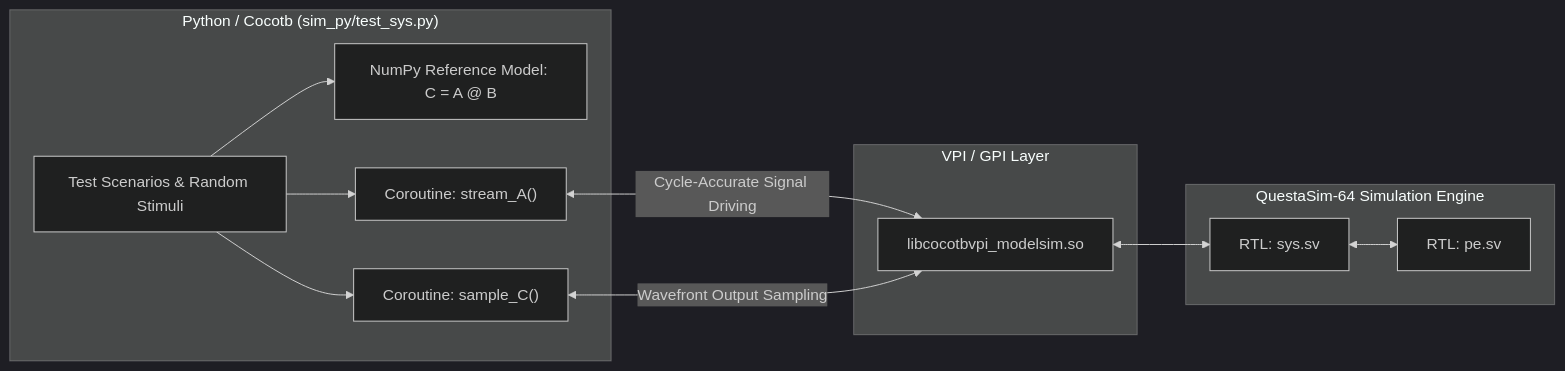
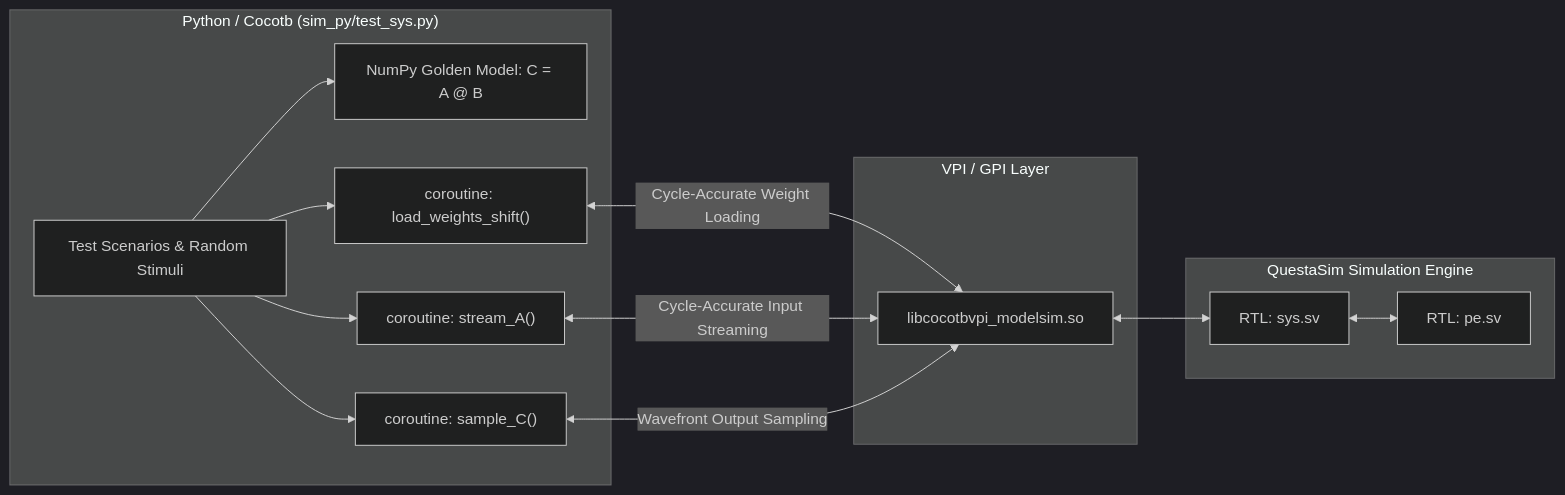
The fifth of 5 diagrams in README.md (Lucaf03/SystolicArray2D), drawn with Mermaid (dark theme) before and after one commit. The commit also changed other lines of this file and 9 other files, not shown here.

Commit message:
Added Weights Load Unit

````diff
--- a/README.md
+++ b/README.md
@@ -248,26 +266,29 @@
 ```mermaid
 flowchart LR
     subgraph Python_Testbench ["Python / Cocotb (sim_py/test_sys.py)"]
         PY_TB["Test Scenarios & Random Stimuli"]
-        NUMPY["NumPy Reference Model: C = A @ B"]
-        ASYNC_DRIVE["Coroutine: stream_A()"]
-        ASYNC_SAMPLE["Coroutine: sample_C()"]
+        NUMPY["NumPy Golden Model: C = A @ B"]
+        LOAD_W["coroutine: load_weights_shift()"]
+        ASYNC_DRIVE["coroutine: stream_A()"]
+        ASYNC_SAMPLE["coroutine: sample_C()"]
     end
 
     subgraph Interconnect ["VPI / GPI Layer"]
         LIBVPI["libcocotbvpi_modelsim.so"]
     end
 
-    subgraph Simulator ["QuestaSim-64 Simulation Engine"]
+    subgraph Simulator ["QuestaSim Simulation Engine"]
         HDL_SYS["RTL: sys.sv"]
         HDL_PE["RTL: pe.sv"]
     end
 
     PY_TB --> NUMPY
+    PY_TB --> LOAD_W
     PY_TB --> ASYNC_DRIVE
     PY_TB --> ASYNC_SAMPLE
-    ASYNC_DRIVE <-->|"Cycle-Accurate Signal Driving"| LIBVPI
+    LOAD_W <-->|"Cycle-Accurate Weight Loading"| LIBVPI
+    ASYNC_DRIVE <-->|"Cycle-Accurate Input Streaming"| LIBVPI
     ASYNC_SAMPLE <-->|"Wavefront Output Sampling"| LIBVPI
     LIBVPI <--> HDL_SYS
     HDL_SYS <--> HDL_PE
 ```
````
